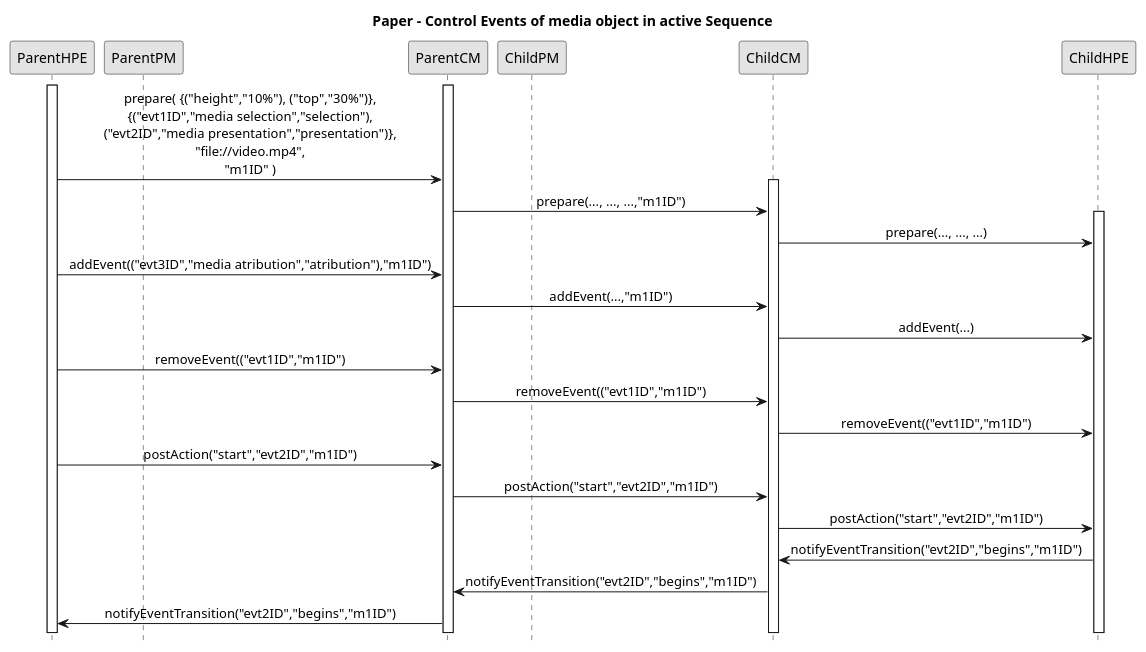
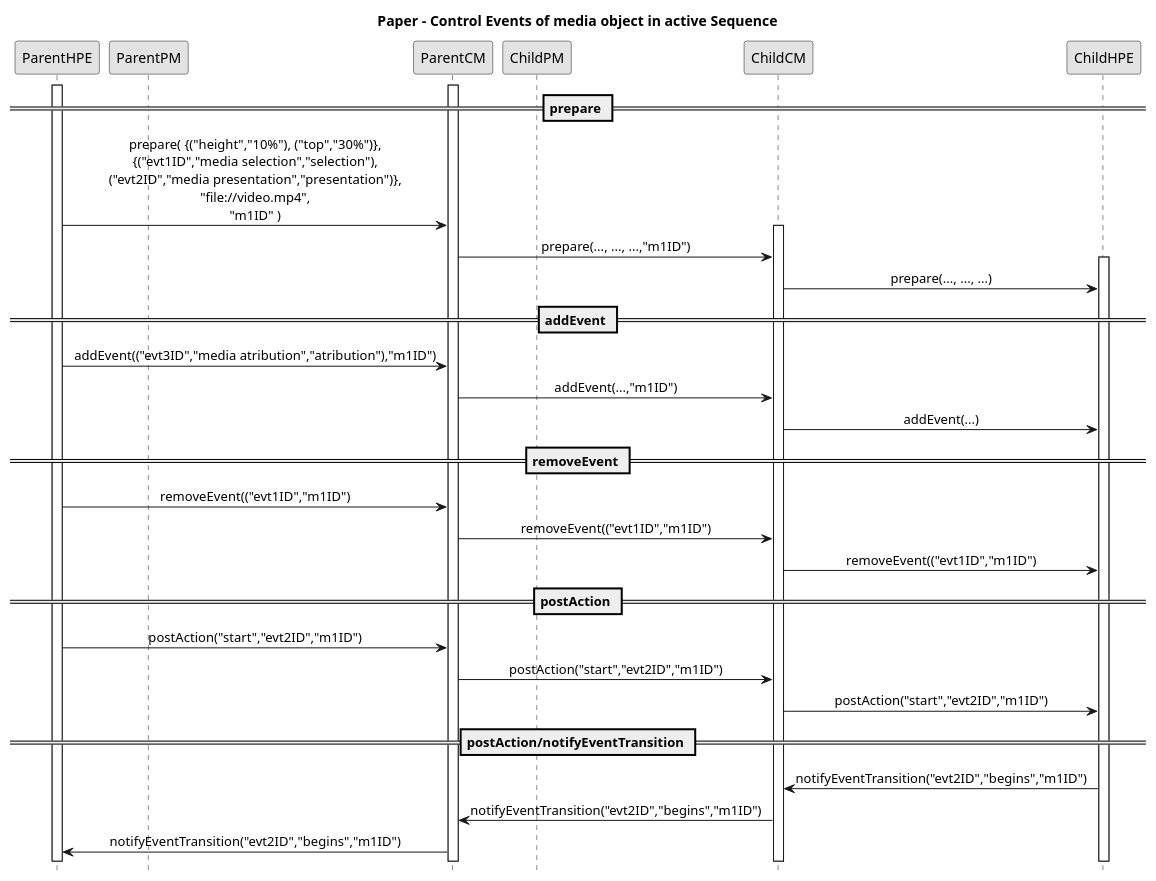
The diagram in sequence3.plantuml (alanlivio/fsmda), drawn with PlantUML before and after one commit. The commit also changed other lines of this file and 7 other files, not shown here.

```diff
--- a/sequence3.plantuml
+++ b/sequence3.plantuml
@@ -2,36 +2,41 @@
 @startuml
 hide footbox
 skinparam monochrome true
 skinparam sequenceMessageAlign center
 
 participant ParentHPE
 participant ParentPM
 participant ParentCM
 participant ChildPM
 participant ChildCM
 participant ChildHPE
 
-'====================Paper - Control Events of media object in active Sequence====================
+''''''''''''''''''Paper - Control Events of media object in active Sequence'''''''''''''''''
 title Paper - Control Events of media object in active Sequence
 activate ParentHPE
 activate ParentCM
+== prepare ==
 ParentHPE->ParentCM: prepare( {("height","10%"), ("top","30%")},\n{("evt1ID","media selection","selection"),\n("evt2ID","media presentation","presentation")},\n"file://video.mp4",\n"m1ID" )
 activate ChildCM
 ParentCM->ChildCM:   prepare(..., ..., ...,"m1ID")
 activate ChildHPE
 ChildCM->ChildHPE:   prepare(..., ..., ...)
+== addEvent ==
 ParentHPE->ParentCM: addEvent(("evt3ID","media atribution","atribution"),"m1ID")
 ParentCM->ChildCM:   addEvent(...,"m1ID")
 ChildCM->ChildHPE:   addEvent(...)
+== removeEvent ==
 ParentHPE->ParentCM: removeEvent(("evt1ID","m1ID")
 ParentCM->ChildCM:   removeEvent(("evt1ID","m1ID")
 ChildCM->ChildHPE:   removeEvent(("evt1ID","m1ID")
+== postAction ==
 ParentHPE->ParentCM: postAction("start","evt2ID","m1ID")
 ParentCM->ChildCM:   postAction("start","evt2ID","m1ID")
 ChildCM->ChildHPE:   postAction("start","evt2ID","m1ID")
+== postAction/notifyEventTransition ==
 ChildHPE->ChildCM:   notifyEventTransition("evt2ID","begins","m1ID")
 ChildCM->ParentCM:   notifyEventTransition("evt2ID","begins","m1ID")
 ParentCM->ParentHPE: notifyEventTransition("evt2ID","begins","m1ID")
 
-'====================Ending PLANTUML params====================
+''''''''''''''''''Ending PLANTUML params'''''''''''''''''
 @enduml
```
